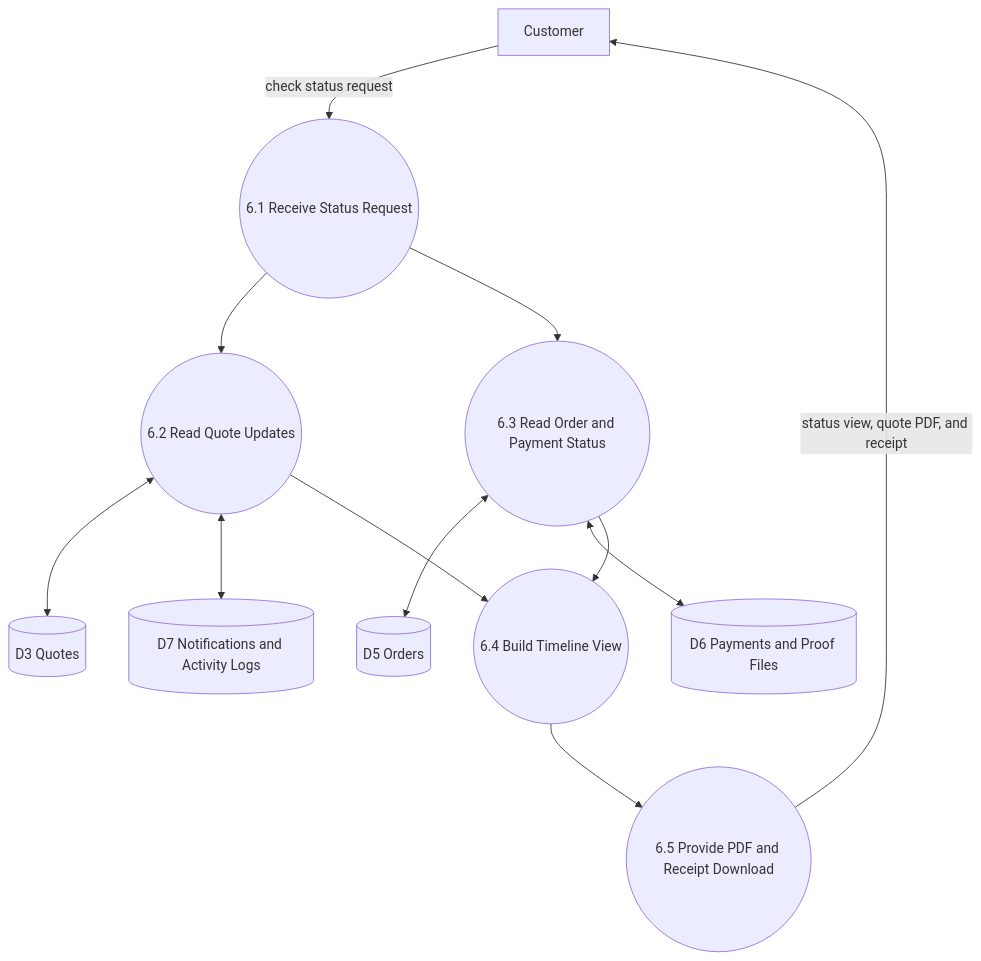
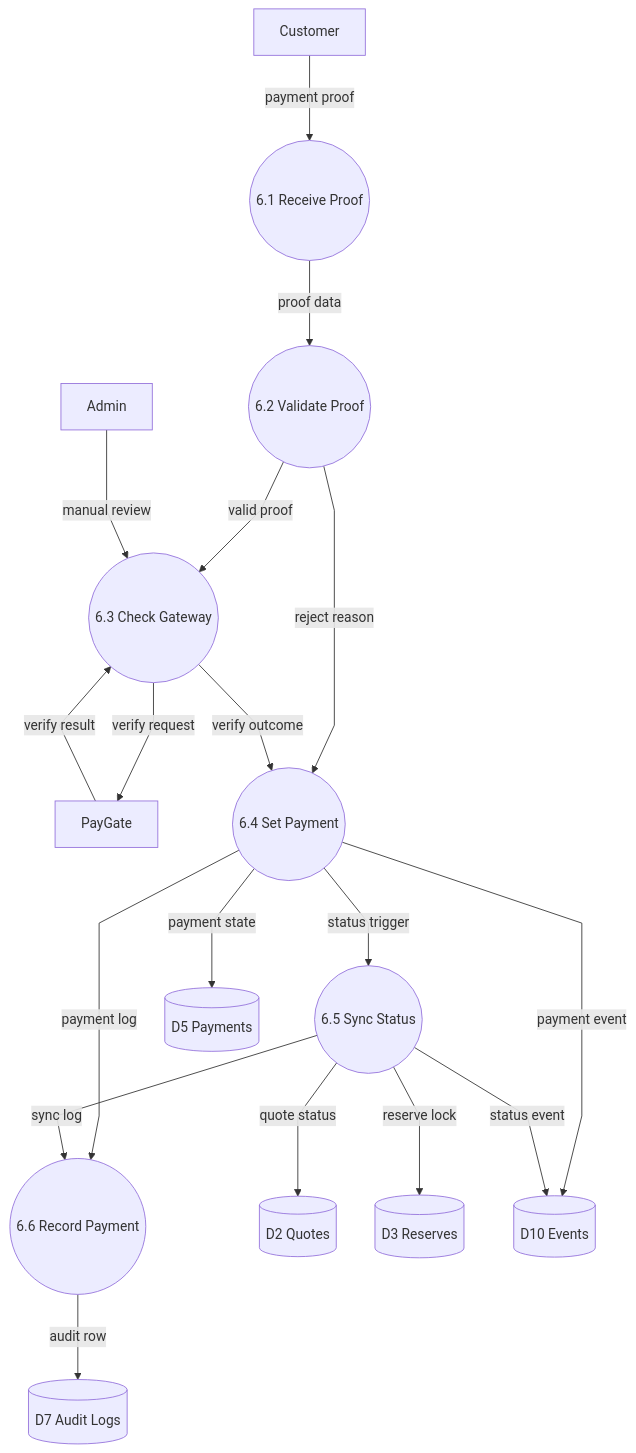
One commit to theilei/ermel changed the eighth of 11 diagrams in DFD-Ermel-System.md. Above: the diagram before and after it, drawn with Mermaid. The commit also changed other lines of this file, not shown here.

````diff
--- a/DFD-Ermel-System.md
+++ b/DFD-Ermel-System.md
@@ -294,31 +301,44 @@
 ```mermaid
+%%{init: {"flowchart":{"curve":"linear","nodeSpacing":45,"rankSpacing":75}}}%%
 flowchart TB
-    C[Customer]
+  CUST[Customer]
+  ADMIN[Admin]
+  PAY[PayGate]
 
-    P61((6.1 Receive Status Request))
-    P62((6.2 Read Quote Updates))
-    P63((6.3 Read Order and Payment Status))
-    P64((6.4 Build Timeline View))
-    P65((6.5 Provide PDF and Receipt Download))
+  P61((6.1 Receive Proof))
+  P62((6.2 Validate Proof))
+  P63((6.3 Check Gateway))
+  P64((6.4 Set Payment))
+  P65((6.5 Sync Status))
+  P66((6.6 Record Payment))
 
-    D3[(D3 Quotes)]
-    D5[(D5 Orders)]
-    D6[(D6 Payments and Proof Files)]
-    D7[(D7 Notifications and Activity Logs)]
+  D5[(D5 Payments)]
+  D2[(D2 Quotes)]
+  D3[(D3 Reserves)]
+  D7[(D7 Audit Logs)]
+  D10[(D10 Events)]
 
-    C -->|check status request| P61
-    P61 --> P62
-    P61 --> P63
+  CUST -->|payment proof| P61
+  P61 -->|proof data| P62
 
-    P62 <--> D3
-    P62 <--> D7
+  P62 -->|valid proof| P63
+  P62 -->|reject reason| P64
 
-    P63 <--> D5
-    P63 <--> D6
+  P63 -->|verify request| PAY
+  PAY -->|verify result| P63
+  ADMIN -->|manual review| P63
 
-    P62 --> P64
-    P63 --> P64
-    P64 --> P65
+  P63 -->|verify outcome| P64
+  P64 -->|payment state| D5
 
-    P65 -->|status view, quote PDF, and receipt| C
+  P64 -->|status trigger| P65
+  P65 -->|quote status| D2
+  P65 -->|reserve lock| D3
+
+  P64 -->|payment event| D10
+  P65 -->|status event| D10
+
+  P64 -->|payment log| P66
+  P65 -->|sync log| P66
+  P66 -->|audit row| D7
 ```
````
